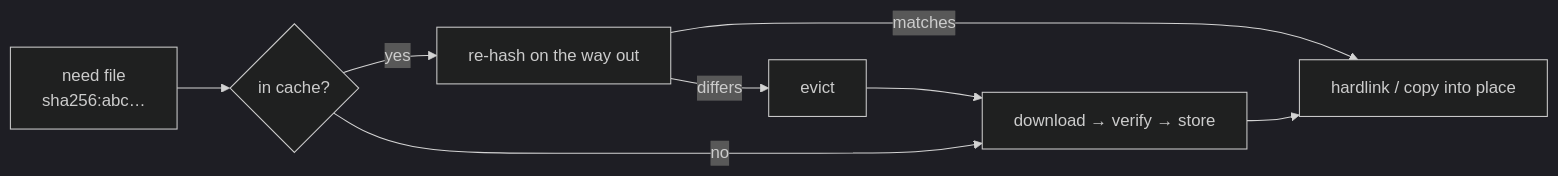
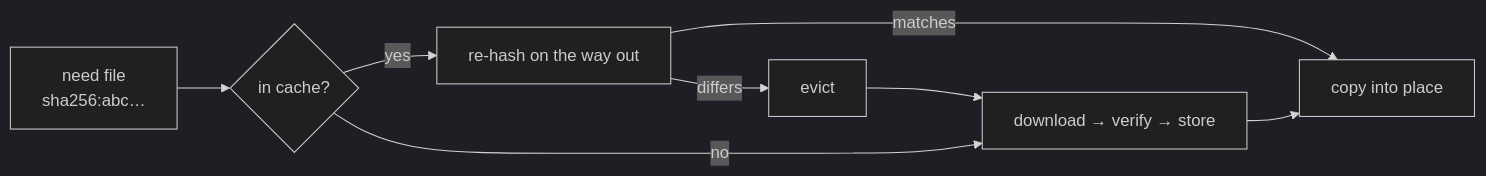
One commit to prytaneum/hestia changed the second of 4 diagrams in docs/architecture/engine.md. Above: the diagram before and after it, drawn with Mermaid (dark theme). The commit also changed other lines of this file and 5 other files, not shown here.

````diff
--- a/docs/architecture/engine.md
+++ b/docs/architecture/engine.md
@@ -172,8 +176,8 @@
 ```mermaid
 flowchart LR
     REQ["need file<br/>sha256:abc…"] --> HIT{"in cache?"}
     HIT -->|yes| REHASH["re-hash on the way out"]
-    REHASH -->|matches| USE["hardlink / copy into place"]
+    REHASH -->|matches| USE["copy into place"]
     REHASH -->|"differs"| EVICT["evict"] --> NET
     HIT -->|no| NET["download → verify → store"] --> USE
 ```
````
